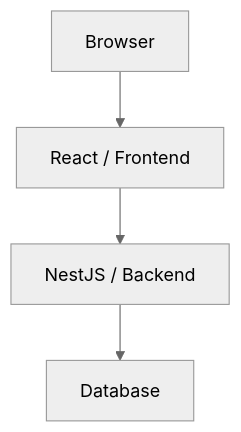
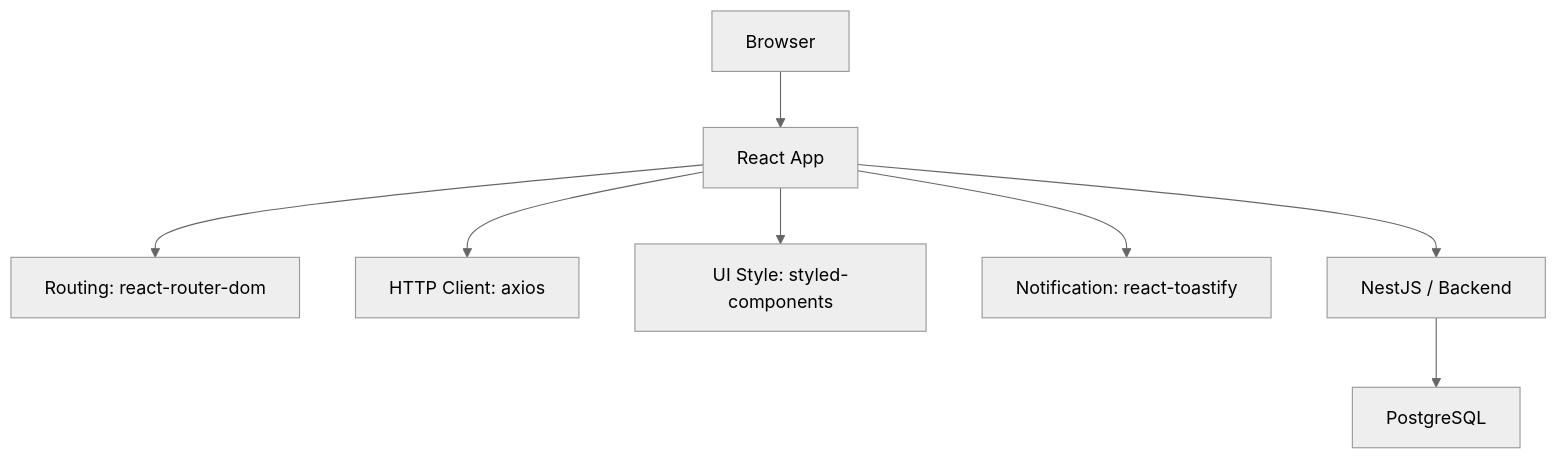
One commit to Hazakura2024/micro-post changed the diagram in docs/02_architecture.md. Above: the diagram before and after it, drawn with Mermaid (neutral theme). The commit also changed other lines of this file and 4 other files, not shown here.

````diff
--- a/docs/02_architecture.md
+++ b/docs/02_architecture.md
@@ -9,7 +12,11 @@
 ```mermaid
 
 graph TD;
-    A[Browser]-->B[React / Frontend];
-    B-->C[NestJS / Backend];
-    C-->D[Database];
+    A[Browser] --> B[React App];
+    B --> B1[Routing: react-router-dom];
+    B --> B2[HTTP Client: axios];
+    B --> B3[UI Style: styled-components];
+    B --> B4[Notification: react-toastify];
+    B --> C[NestJS / Backend];
+    C --> D[PostgreSQL];
 ```
````
